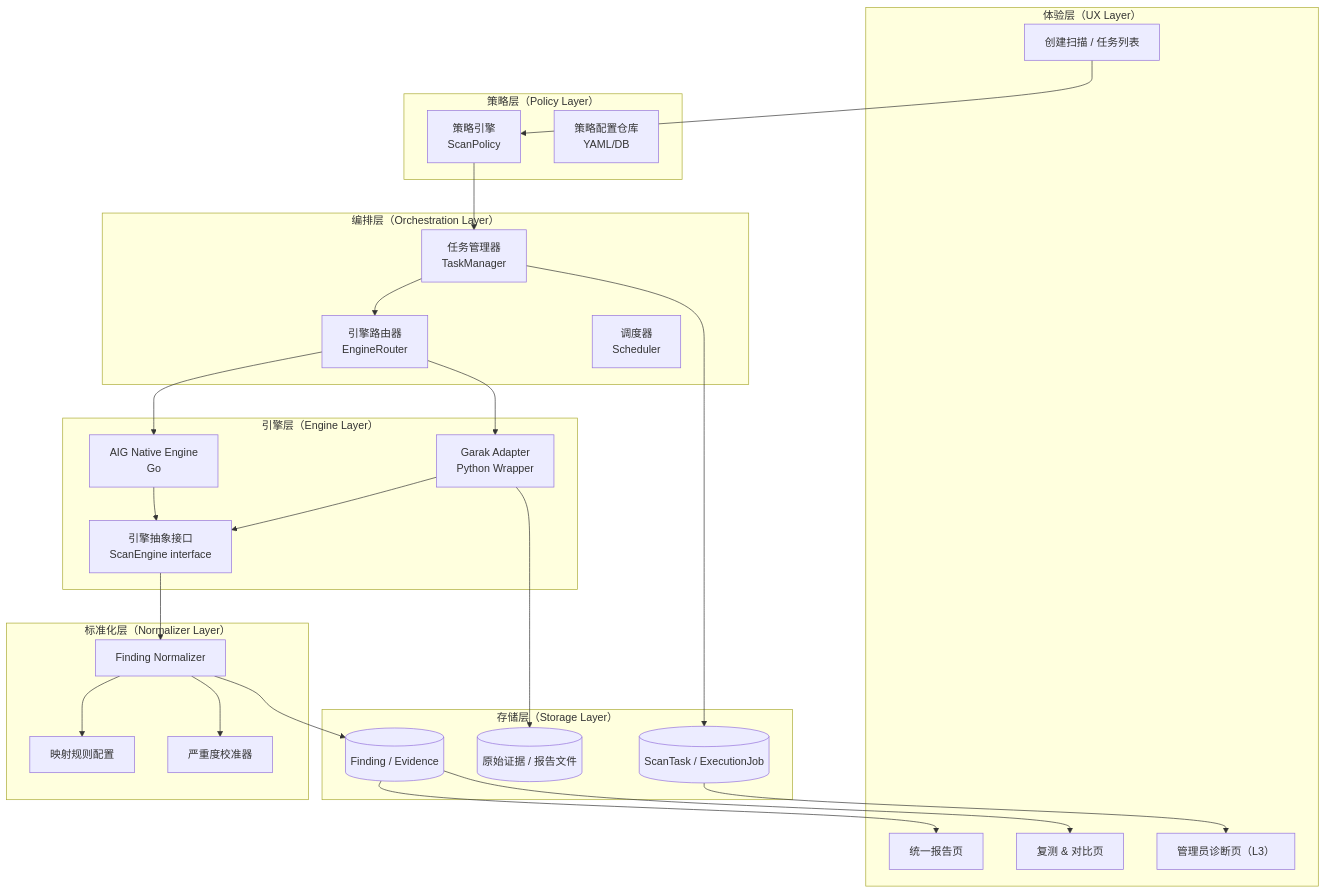
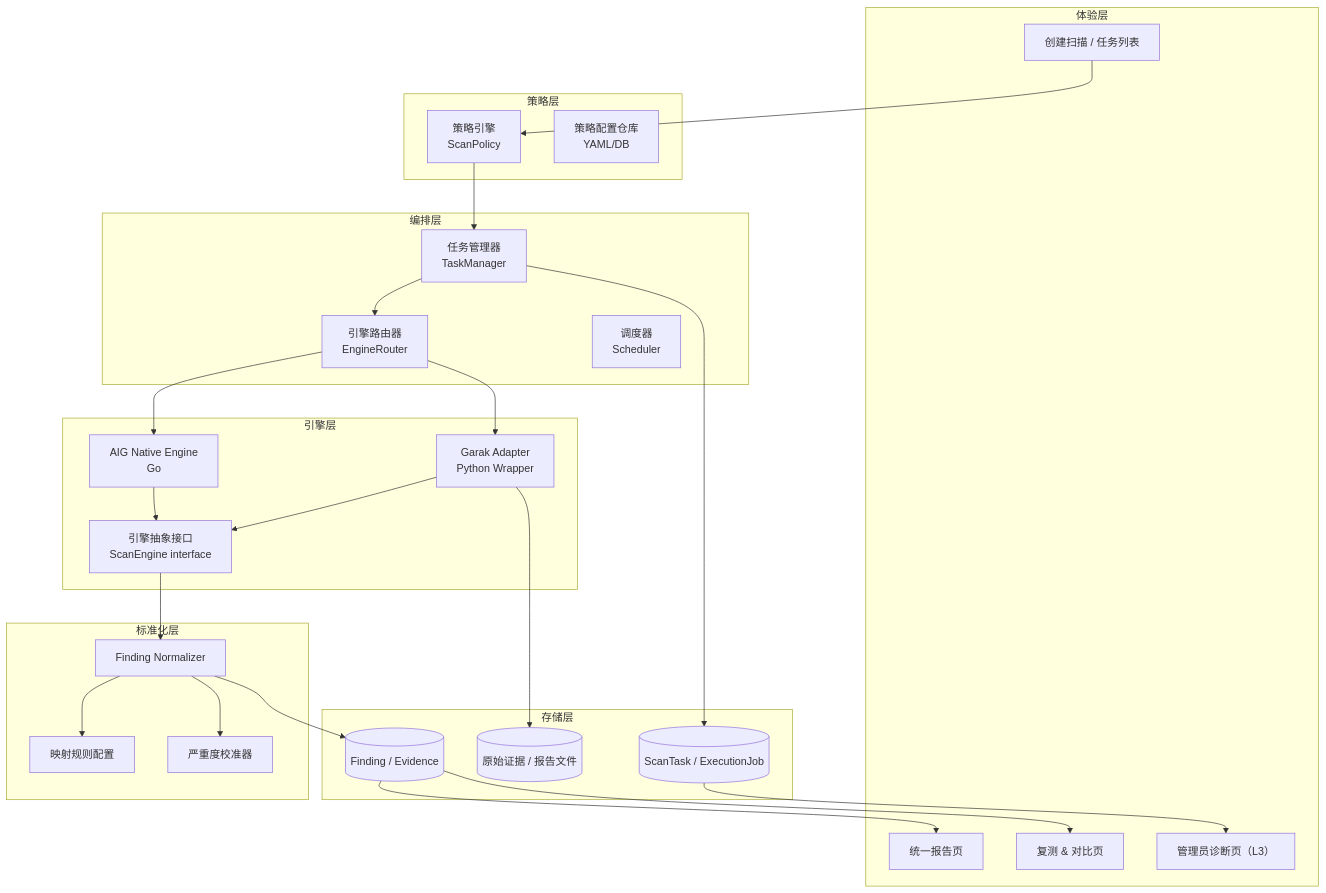
One commit to zhanghonghn/AI-Infra-Guard changed the second of 14 diagrams in docs/architecture/garak-integration-4plus1-design.md. Above: the diagram before and after it, drawn with Mermaid. The commit also changed other lines of this file and 1 other file, not shown here.

````diff
--- a/docs/architecture/garak-integration-4plus1-design.md
+++ b/docs/architecture/garak-integration-4plus1-design.md
@@ -106,52 +106,52 @@
 ```mermaid
 graph TB
-    subgraph UX["体验层（UX Layer）"]
+    subgraph UX["体验层"]
         UI_CREATE[创建扫描 / 任务列表]
         UI_REPORT[统一报告页]
         UI_RETEST[复测 & 对比页]
         UI_ADMIN[管理员诊断页（L3）]
     end
 
-    subgraph POLICY["策略层（Policy Layer）"]
+    subgraph POLICY["策略层"]
         POLICY_ENGINE[策略引擎<br/>ScanPolicy]
         POLICY_STORE[策略配置仓库<br/>YAML/DB]
     end
 
-    subgraph ORCH["编排层（Orchestration Layer）"]
+    subgraph ORCH["编排层"]
         TASK_MGR[任务管理器<br/>TaskManager]
         ENGINE_ROUTER[引擎路由器<br/>EngineRouter]
         SCHEDULER[调度器<br/>Scheduler]
     end
 
-    subgraph ENGINE["引擎层（Engine Layer）"]
+    subgraph ENGINE["引擎层"]
         AIG_ENGINE[AIG Native Engine<br/>Go]
         GARAK_ADAPTER[Garak Adapter<br/>Python Wrapper]
         ENGINE_IFACE[引擎抽象接口<br/>ScanEngine interface]
     end
 
-    subgraph NORM["标准化层（Normalizer Layer）"]
+    subgraph NORM["标准化层"]
         NORMALIZER[Finding Normalizer]
         MAPPING_CFG[映射规则配置]
         SEVERITY_CAL[严重度校准器]
     end
 
-    subgraph STORAGE["存储层（Storage Layer）"]
+    subgraph STORAGE["存储层"]
         DB_TASK[(ScanTask / ExecutionJob)]
         DB_FINDING[(Finding / Evidence)]
         OBJECT_STORE[(原始证据 / 报告文件)]
     end
 
     UI_CREATE --> POLICY_ENGINE
     POLICY_ENGINE --> TASK_MGR
     TASK_MGR --> ENGINE_ROUTER
     ENGINE_ROUTER --> AIG_ENGINE
     ENGINE_ROUTER --> GARAK_ADAPTER
     AIG_ENGINE & GARAK_ADAPTER --> ENGINE_IFACE
     ENGINE_IFACE --> NORMALIZER
     NORMALIZER --> MAPPING_CFG & SEVERITY_CAL
     NORMALIZER --> DB_FINDING
     TASK_MGR --> DB_TASK
     GARAK_ADAPTER --> OBJECT_STORE
     DB_FINDING --> UI_REPORT & UI_RETEST
     DB_TASK --> UI_ADMIN
 ```
````
